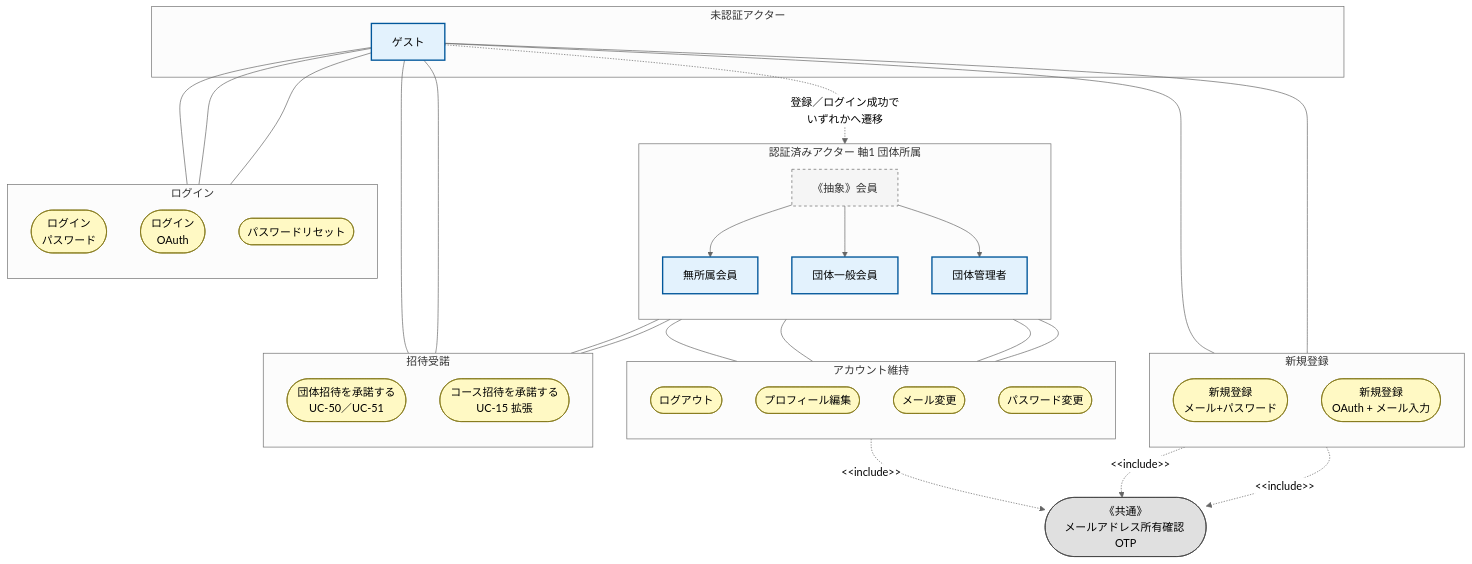
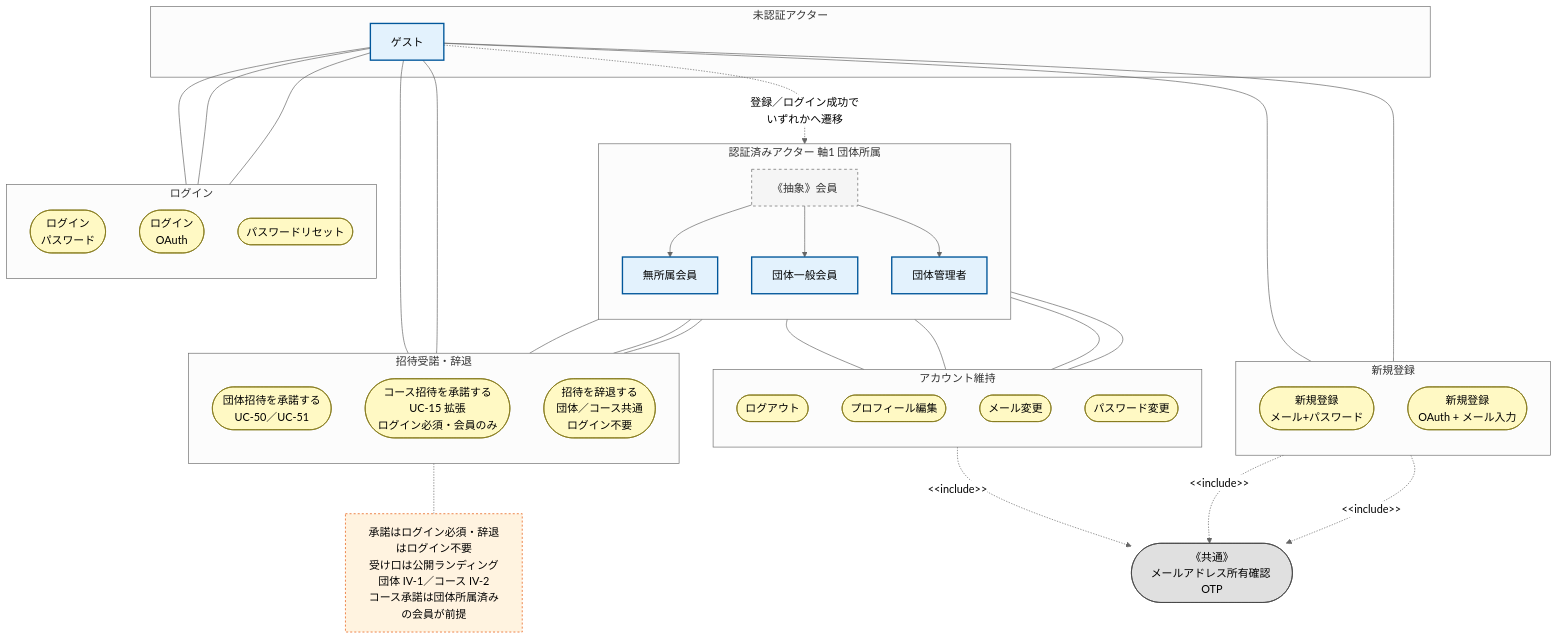
Before and after one commit to topicmaker-git/Pages: the diagram in choi/学習者アプリ_ユースケース図/学習者アプリ_ユースケース図_U1_認証アカウント.mmd, drawn with Mermaid (neutral theme). The commit also changed 3 other files, not shown here.

```diff
--- a/choi/学習者アプリ_ユースケース図/学習者アプリ_ユースケース図_U1_認証アカウント.mmd
+++ b/choi/学習者アプリ_ユースケース図/学習者アプリ_ユースケース図_U1_認証アカウント.mmd
@@ -1,73 +1,80 @@
 flowchart TB
 
 classDef actor fill:#e3f2fd,stroke:#01579b,stroke-width:2px,color:#000
 classDef abstract fill:#f5f5f5,stroke:#666,stroke-width:1px,stroke-dasharray:4 4,color:#333
 classDef uc fill:#fff9c4,stroke:#827717,stroke-width:1px,color:#000
 classDef ucShared fill:#e0e0e0,stroke:#424242,stroke-width:1px,color:#000
+classDef note fill:#fff3e0,stroke:#e65100,stroke-width:1px,stroke-dasharray:3 3,color:#000
 
 subgraph A_Guest["未認証アクター"]
     Guest["ゲスト"]:::actor
 end
 
 subgraph A_Member["認証済みアクター 軸1 団体所属"]
     direction TB
     Member["《抽象》会員"]:::abstract
     NonAff["無所属会員"]:::actor
     GenMem["団体一般会員"]:::actor
     AdmMem["団体管理者"]:::actor
     Member --> NonAff
     Member --> GenMem
     Member --> AdmMem
 end
 
 Guest -.->|"登録／ログイン成功で<br/>いずれかへ遷移"| Member
 
 subgraph UC_Reg["新規登録"]
     direction TB
     UC_RegMail(["新規登録<br/>メール+パスワード"])
     UC_RegOAuth(["新規登録<br/>OAuth + メール入力"])
 end
 
 subgraph UC_Login["ログイン"]
     direction TB
     UC_LoginPwd(["ログイン<br/>パスワード"])
     UC_LoginOAuth(["ログイン<br/>OAuth"])
     UC_PwdReset(["パスワードリセット"])
 end
 
 subgraph UC_Acc["アカウント維持"]
     direction TB
     UC_Logout(["ログアウト"])
     UC_Profile(["プロフィール編集"])
     UC_MailChg(["メール変更"])
     UC_PwdChg(["パスワード変更"])
 end
 
-subgraph UC_Invite["招待受諾"]
+subgraph UC_Invite["招待受諾・辞退"]
     direction TB
     UC_OrgAccept(["団体招待を承諾する<br/>UC-50／UC-51"])
-    UC_CrsAccept(["コース招待を承諾する<br/>UC-15 拡張"])
+    UC_CrsAccept(["コース招待を承諾する<br/>UC-15 拡張<br/>ログイン必須・会員のみ"])
+    UC_Decline(["招待を辞退する<br/>団体／コース共通<br/>ログイン不要"])
 end
 
 UC_OTP(["《共通》<br/>メールアドレス所有確認 OTP"]):::ucShared
+
+NoteInvite["承諾はログイン必須・辞退はログイン不要<br/>受け口は公開ランディング<br/>団体 IV-1／コース IV-2<br/>コース承諾は団体所属済みの会員が前提"]:::note
 
 Guest --- UC_RegMail
 Guest --- UC_RegOAuth
 Guest --- UC_LoginPwd
 Guest --- UC_LoginOAuth
 Guest --- UC_PwdReset
 Guest --- UC_OrgAccept
-Guest --- UC_CrsAccept
+Guest --- UC_Decline
 
 Member --- UC_Logout
 Member --- UC_Profile
 Member --- UC_MailChg
 Member --- UC_PwdChg
 Member --- UC_OrgAccept
 Member --- UC_CrsAccept
+Member --- UC_Decline
+
+UC_Decline -.- NoteInvite
 
 UC_RegMail -. "&lt;&lt;include&gt;&gt;" .-> UC_OTP
 UC_RegOAuth -. "&lt;&lt;include&gt;&gt;" .-> UC_OTP
 UC_MailChg -. "&lt;&lt;include&gt;&gt;" .-> UC_OTP
 
-class UC_RegMail,UC_RegOAuth,UC_LoginPwd,UC_LoginOAuth,UC_PwdReset,UC_Logout,UC_Profile,UC_MailChg,UC_PwdChg,UC_OrgAccept,UC_CrsAccept uc
+class UC_RegMail,UC_RegOAuth,UC_LoginPwd,UC_LoginOAuth,UC_PwdReset,UC_Logout,UC_Profile,UC_MailChg,UC_PwdChg,UC_OrgAccept,UC_CrsAccept,UC_Decline uc
```
